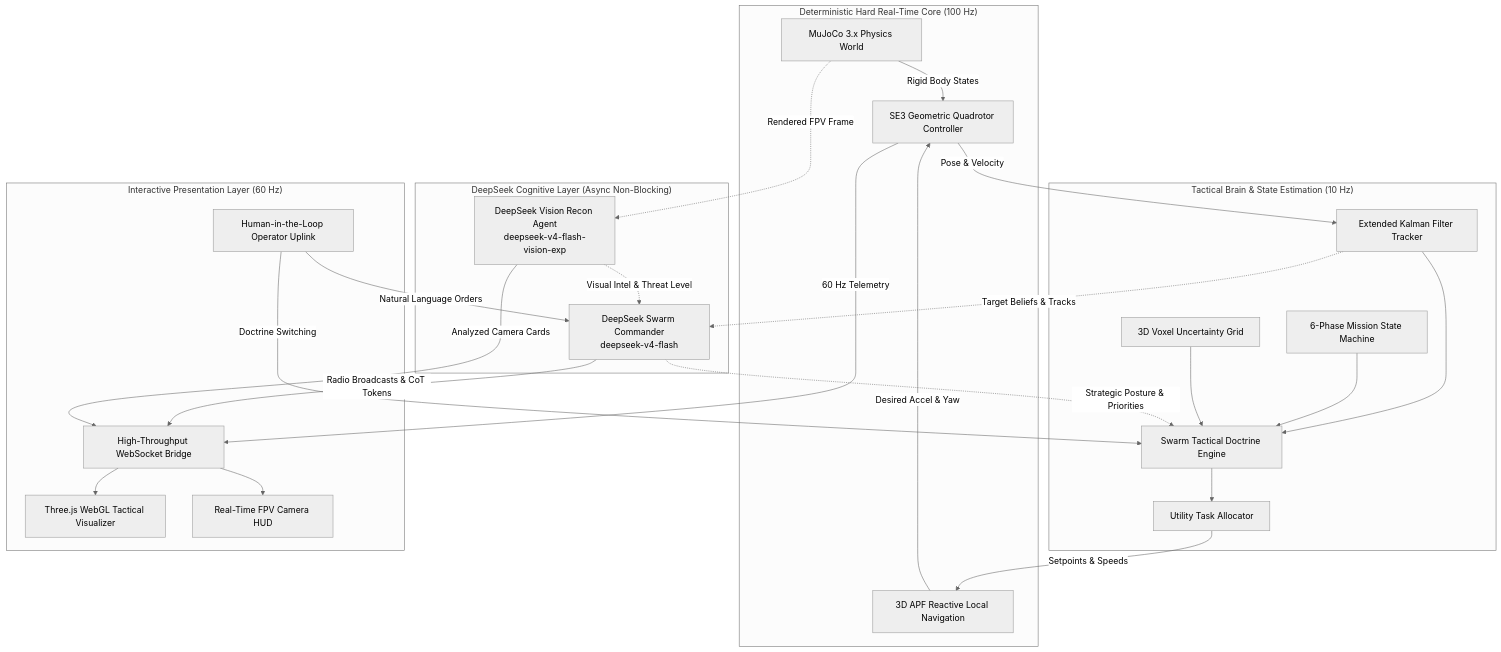
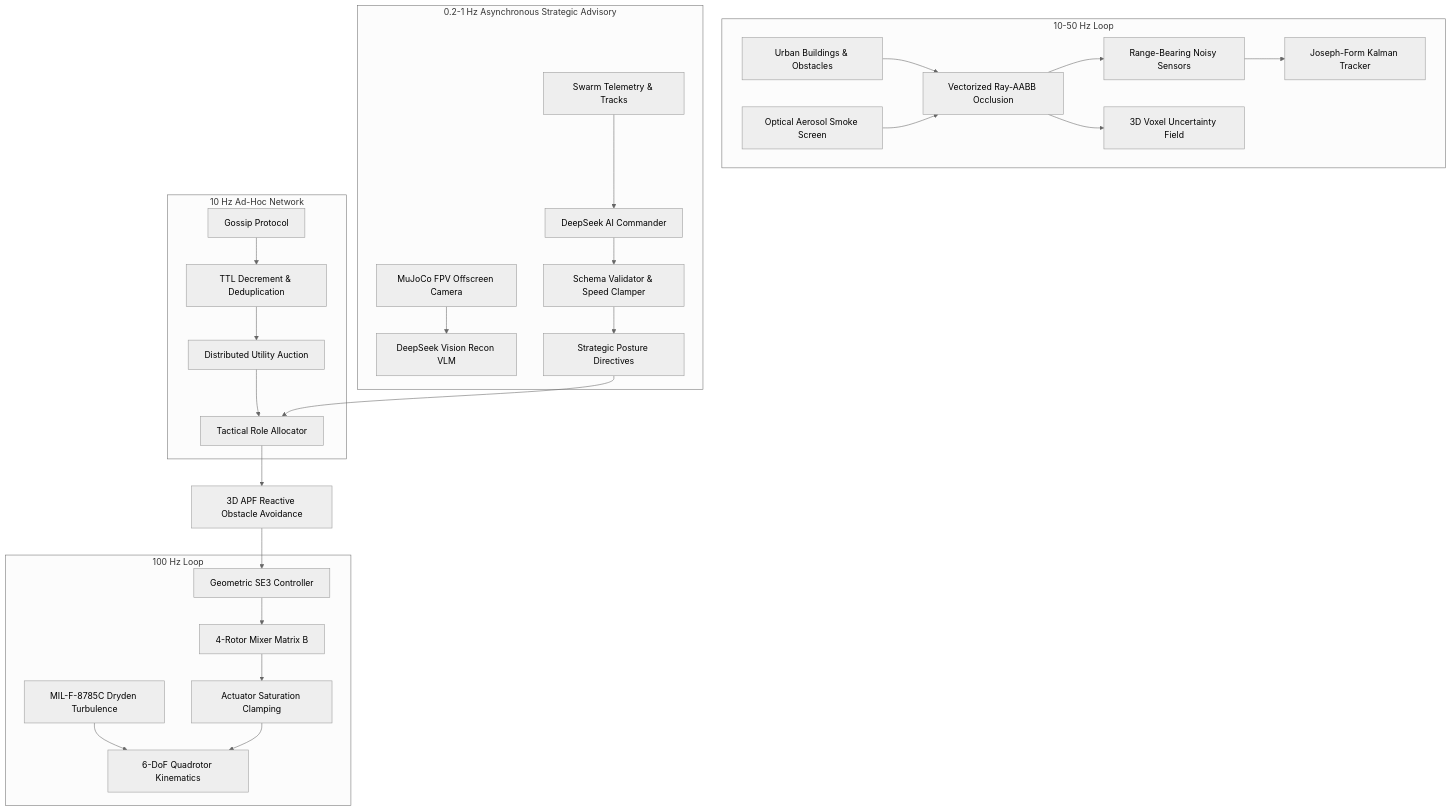
One commit to cl0udz1/mrd-swarm changed the diagram in README.md. Above: the diagram before and after it, drawn with Mermaid (neutral theme). The commit also changed other lines of this file and 54 other files, not shown here.

First line of the commit message:
feat: hostile technical audit, full architectural reconstruction, and multi-seed re-validation

````diff
--- a/README.md
+++ b/README.md
@@ -120,50 +33,34 @@
 ```mermaid
 graph TD
-    subgraph "Deterministic Hard Real-Time Core (100 Hz)"
-        MJ[MuJoCo 3.x Physics World]
-        SE3[SE3 Geometric Quadrotor Controller]
-        APF[3D APF Reactive Local Navigation]
+    subgraph Physics & Flight Dynamics [100 Hz Loop]
+        Dryden[MIL-F-8785C Dryden Turbulence] --> RigidBody[6-DoF Quadrotor Kinematics]
+        SE3[Geometric SE3 Controller] --> Alloc[4-Rotor Mixer Matrix B]
+        Alloc --> Clamping[Actuator Saturation Clamping]
+        Clamping --> RigidBody
     end
 
-    subgraph "Tactical Brain & State Estimation (10 Hz)"
-        EKF[Extended Kalman Filter Tracker]
-        MSM[6-Phase Mission State Machine]
-        UNC[3D Voxel Uncertainty Grid]
-        DOC[Swarm Tactical Doctrine Engine]
-        UTIL[Utility Task Allocator]
+    subgraph Perception & Epistemic Field [10-50 Hz Loop]
+        UrbanMesh[Urban Buildings & Obstacles] --> Raycast[Vectorized Ray-AABB Occlusion]
+        SmokeCloud[Optical Aerosol Smoke Screen] --> Raycast
+        Raycast --> SyntheticSensor[Range-Bearing Noisy Sensors]
+        SyntheticSensor --> Kalman[Joseph-Form Kalman Tracker]
+        Raycast --> VoxelGrid[3D Voxel Uncertainty Field]
     end
 
-    subgraph "DeepSeek Cognitive Layer (Async Non-Blocking)"
-        AIC[DeepSeek Swarm Commander<br/>deepseek-v4-flash]
-        VIS[DeepSeek Vision Recon Agent<br/>deepseek-v4-flash-vision-exp]
+    subgraph Decentralized Mesh [10 Hz Ad-Hoc Network]
+        Mesh[Gossip Protocol] --> MultiHop[TTL Decrement & Deduplication]
+        MultiHop --> UtilityAuction[Distributed Utility Auction]
+        UtilityAuction --> RoleAllocation[Tactical Role Allocator]
     end
 
-    subgraph "Interactive Presentation Layer (60 Hz)"
-        WS[High-Throughput WebSocket Bridge]
-        WEB[Three.js WebGL Tactical Visualizer]
-        PIP[Real-Time FPV Camera HUD]
-        OP[Human-in-the-Loop Operator Uplink]
+    subgraph AI Authority Model [0.2-1 Hz Asynchronous Strategic Advisory]
+        FPVCam[MuJoCo FPV Offscreen Camera] --> DeepSeekVision[DeepSeek Vision Recon VLM]
+        FleetState[Swarm Telemetry & Tracks] --> DeepSeekCommander[DeepSeek AI Commander]
+        DeepSeekCommander --> SafetySanitizer[Schema Validator & Speed Clamper]
+        SafetySanitizer --> PostureDirectives[Strategic Posture Directives]
     end
 
-    MJ -->|Rigid Body States| SE3
-    SE3 -->|Pose & Velocity| EKF
-    EKF --> DOC
-    MSM --> DOC
-    UNC --> DOC
-    DOC --> UTIL
-    UTIL -->|Setpoints & Speeds| APF
-    APF -->|Desired Accel & Yaw| SE3
-
-    MJ -.->|Rendered FPV Frame| VIS
-    EKF -.->|Target Beliefs & Tracks| AIC
-    VIS -.->|Visual Intel & Threat Level| AIC
-    AIC -.->|Strategic Posture & Priorities| DOC
-
-    SE3 -->|60 Hz Telemetry| WS
-    AIC -->|Radio Broadcasts & CoT Tokens| WS
-    VIS -->|Analyzed Camera Cards| WS
-    WS --> WEB
-    WS --> PIP
-    OP -->|Natural Language Orders| AIC
-    OP -->|Doctrine Switching| DOC
+    PostureDirectives --> RoleAllocation
+    RoleAllocation --> APF[3D APF Reactive Obstacle Avoidance]
+    APF --> SE3
 ```
````
